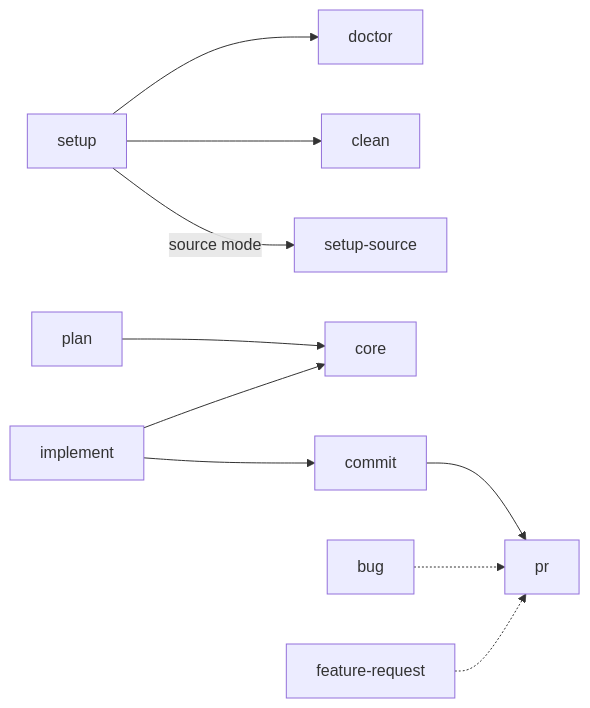
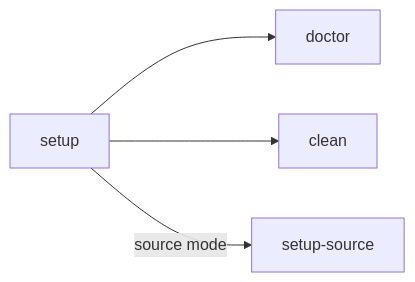
The diagram in README.md (liferay/liferay-workspace-skills), drawn with Mermaid before and after one commit. The commit also changed other lines of this file and 10 other files, not shown here.

````diff
--- a/README.md
+++ b/README.md
@@ -75,11 +70,6 @@
 ```mermaid
 flowchart LR
     setup --> doctor
     setup --> clean
     setup -->|source mode| setup-source
-    plan --> core
-    implement --> core
-    implement --> commit --> pr
-    bug -.-> pr
-    feature-request -.-> pr
 ```
````
